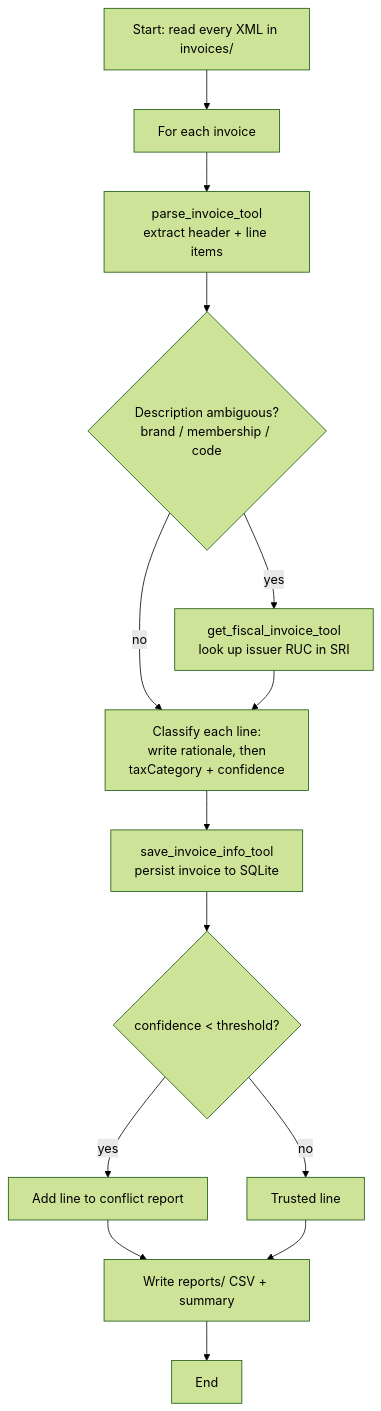
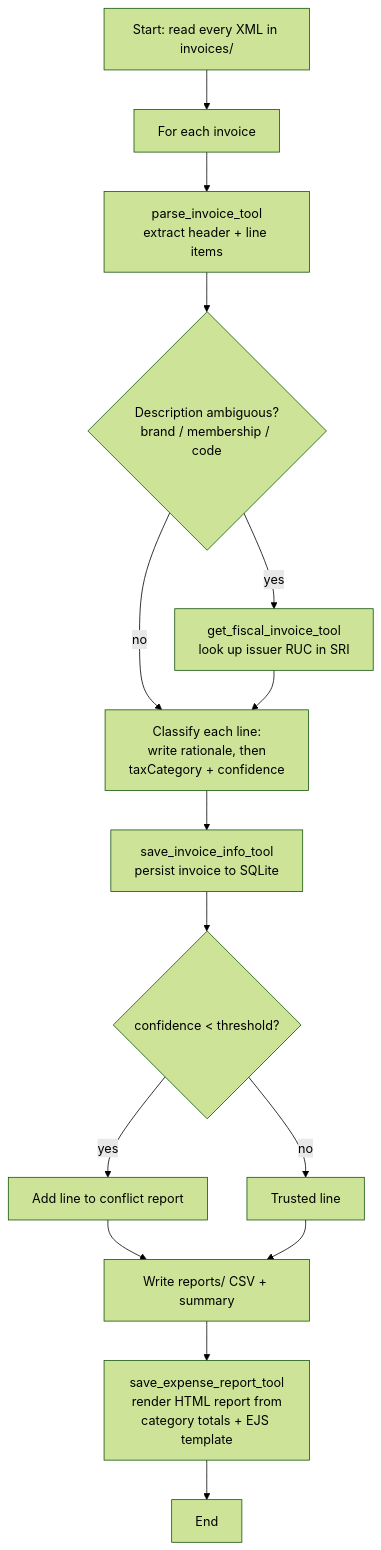
One commit to velascoandres/pony changed the diagram in README.md. Above: the diagram before and after it, drawn with Mermaid (forest theme). The commit also changed other lines of this file and 9 other files, not shown here.

Commit message:
feat: implement expense report generation with HTML output and EJS templating

````diff
--- a/README.md
+++ b/README.md
@@ -28,16 +28,17 @@
 ```mermaid
 flowchart TD
     A[Start: read every XML in invoices/] --> B[For each invoice]
     B --> C[parse_invoice_tool<br/>extract header + line items]
     C --> D{Description ambiguous?<br/>brand / membership / code}
     D -- yes --> E[get_fiscal_invoice_tool<br/>look up issuer RUC in SRI]
     D -- no --> F[Classify each line:<br/>write rationale, then<br/>taxCategory + confidence]
     E --> F
     F --> G[save_invoice_info_tool<br/>persist invoice to SQLite]
     G --> H{confidence &lt; threshold?}
     H -- yes --> I[Add line to conflict report]
     H -- no --> J[Trusted line]
     I --> K[Write reports/ CSV + summary]
     J --> K
-    K --> L[End]
+    K --> M[save_expense_report_tool<br/>render HTML report from<br/>category totals + EJS template]
+    M --> L[End]
 ```
````
